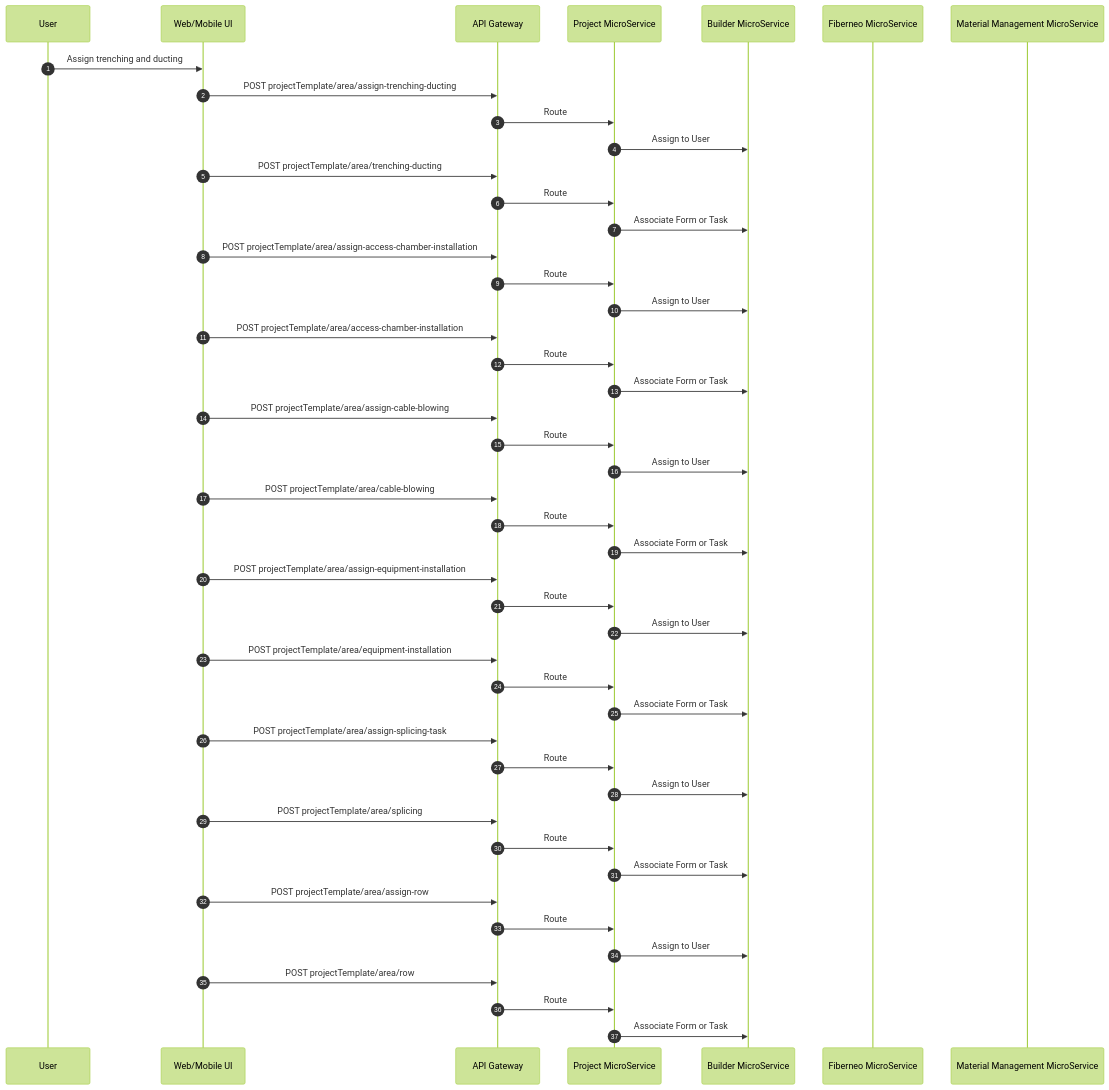
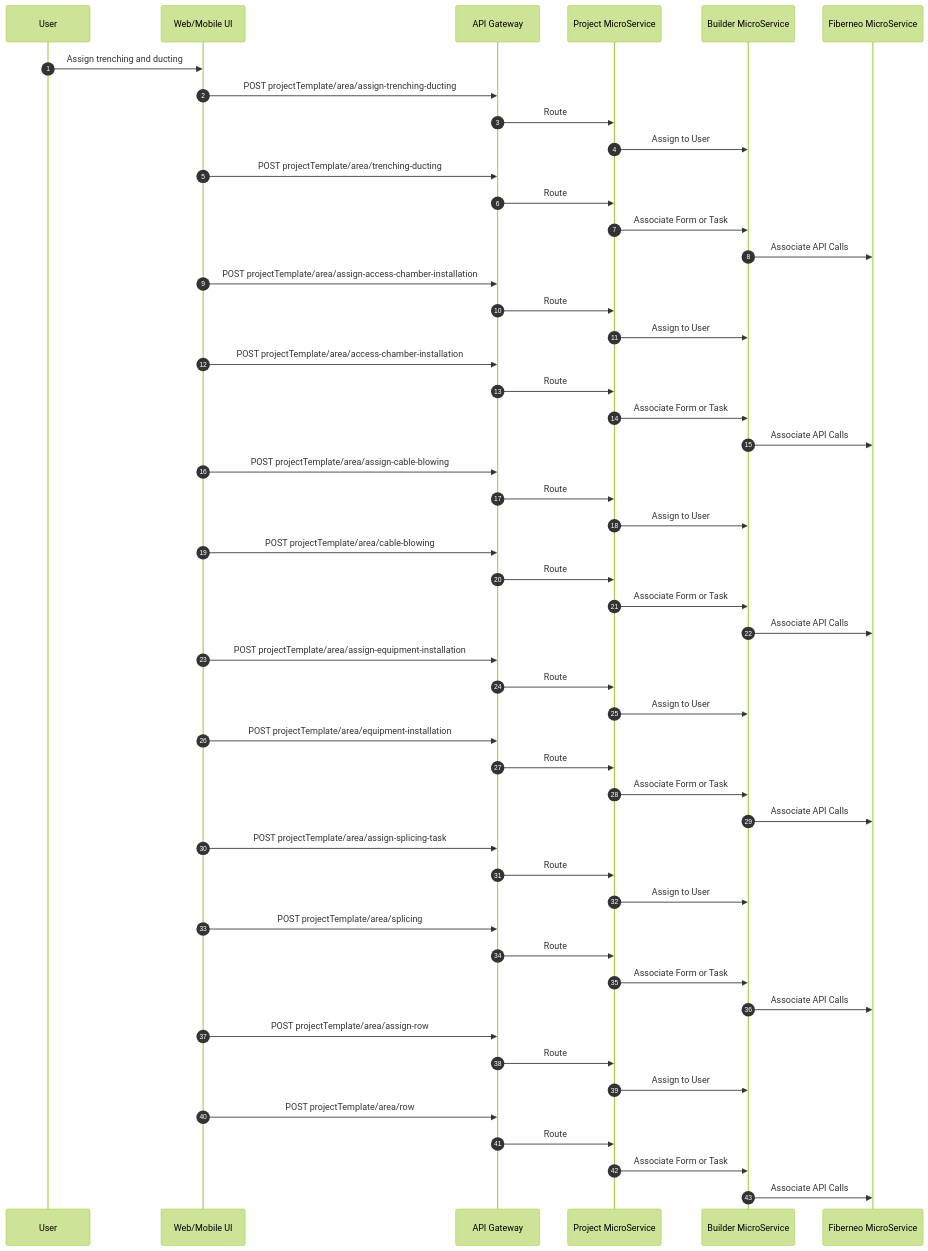
The eighth of 13 diagrams in Fiberneo-Document/LLD/LLD.md (BhavikVisionGit/Fiberneo-Documents), drawn with Mermaid (forest theme) before and after one commit. The commit also changed other lines of this file and 12 other files, not shown here.

````diff
--- a/Fiberneo-Document/LLD/LLD.md
+++ b/Fiberneo-Document/LLD/LLD.md
@@ -468,60 +463,65 @@
 ```mermaid
 sequenceDiagram
   autonumber
   participant U as User
   participant UI as Web/Mobile UI
   participant GW as API Gateway
   participant PG as Project MicroService
   participant BD as Builder MicroService
   participant FN as Fiberneo MicroService
-  participant MM as Material Management MicroService
 
   U->>UI: Assign trenching and ducting
   UI->>GW: POST projectTemplate/area/assign-trenching-ducting
   GW->>PG: Route
   PG->>BD: Assign to User
 
   UI->>GW: POST projectTemplate/area/trenching-ducting
   GW->>PG: Route
   PG->>BD: Associate Form or Task
+  BD->>FN: Associate API Calls
 
   UI->>GW: POST projectTemplate/area/assign-access-chamber-installation
   GW->>PG: Route
   PG->>BD: Assign to User
 
   UI->>GW: POST projectTemplate/area/access-chamber-installation
   GW->>PG: Route
   PG->>BD: Associate Form or Task
+  BD->>FN: Associate API Calls
 
   UI->>GW: POST projectTemplate/area/assign-cable-blowing
   GW->>PG: Route
   PG->>BD: Assign to User
 
   UI->>GW: POST projectTemplate/area/cable-blowing
   GW->>PG: Route
   PG->>BD: Associate Form or Task
+  BD->>FN: Associate API Calls
 
   UI->>GW: POST projectTemplate/area/assign-equipment-installation
   GW->>PG: Route
   PG->>BD: Assign to User
 
   UI->>GW: POST projectTemplate/area/equipment-installation
   GW->>PG: Route
   PG->>BD: Associate Form or Task
+  BD->>FN: Associate API Calls
 
   UI->>GW: POST projectTemplate/area/assign-splicing-task
   GW->>PG: Route
   PG->>BD: Assign to User
 
   UI->>GW: POST projectTemplate/area/splicing
   GW->>PG: Route
   PG->>BD: Associate Form or Task
+  BD->>FN: Associate API Calls
 
   UI->>GW: POST projectTemplate/area/assign-row
   GW->>PG: Route
   PG->>BD: Assign to User
 
   UI->>GW: POST projectTemplate/area/row
   GW->>PG: Route
   PG->>BD: Associate Form or Task
+  BD->>FN: Associate API Calls
 ```
````
